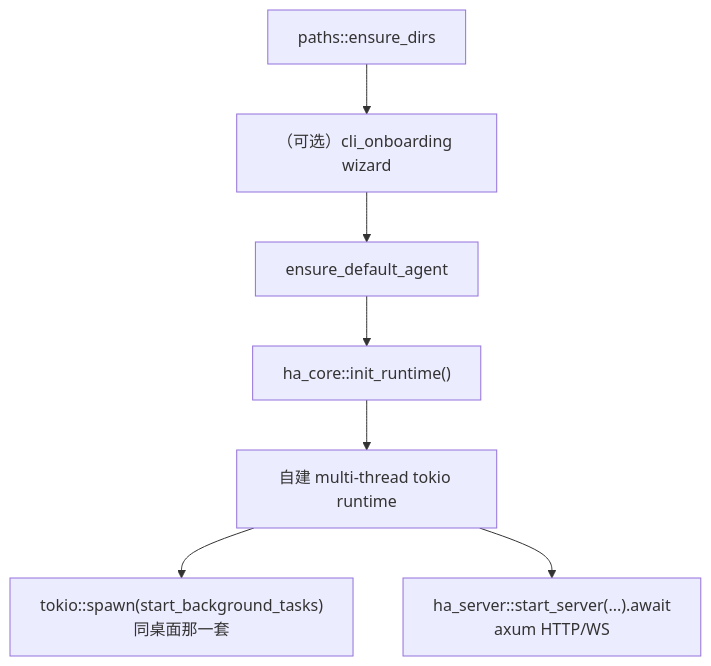
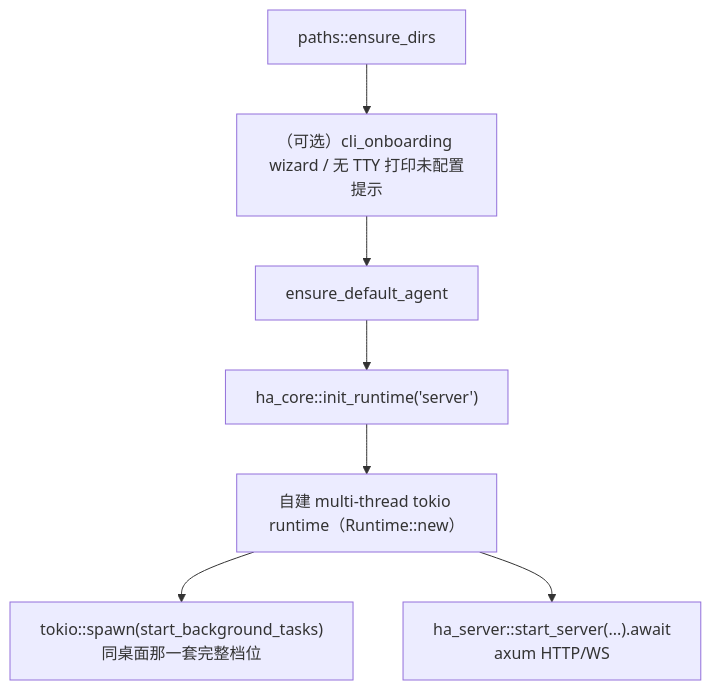
Before and after one commit to shiwenwen/hope-agent: the seventh of 8 diagrams in docs/architecture/process-model.md, drawn with Mermaid. The commit also changed other lines of this file and 12 other files, not shown here.

````diff
--- a/docs/architecture/process-model.md
+++ b/docs/architecture/process-model.md
@@ -277,8 +387,8 @@
 ```mermaid
 flowchart TD
-    A["paths::ensure_dirs"] --> B["（可选）cli_onboarding wizard"]
-    B --> C["ensure_default_agent"] --> D["ha_core::init_runtime()"]
-    D --> E["自建 multi-thread tokio runtime"]
-    E --> F["tokio::spawn(start_background_tasks)<br/>同桌面那一套"]
+    A["paths::ensure_dirs"] --> B["（可选）cli_onboarding wizard / 无 TTY 打印未配置提示"]
+    B --> C["ensure_default_agent"] --> D["ha_core::init_runtime('server')"]
+    D --> E["自建 multi-thread tokio runtime（Runtime::new）"]
+    E --> F["tokio::spawn(start_background_tasks)<br/>同桌面那一套完整档位"]
     E --> G["ha_server::start_server(...).await<br/>axum HTTP/WS"]
 ```
````
